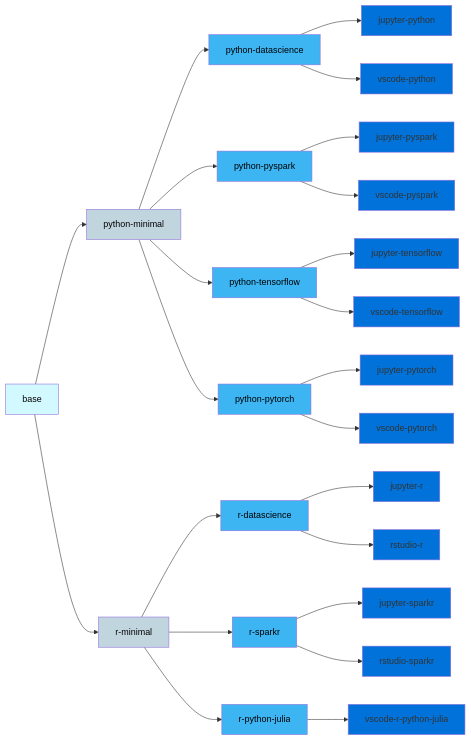
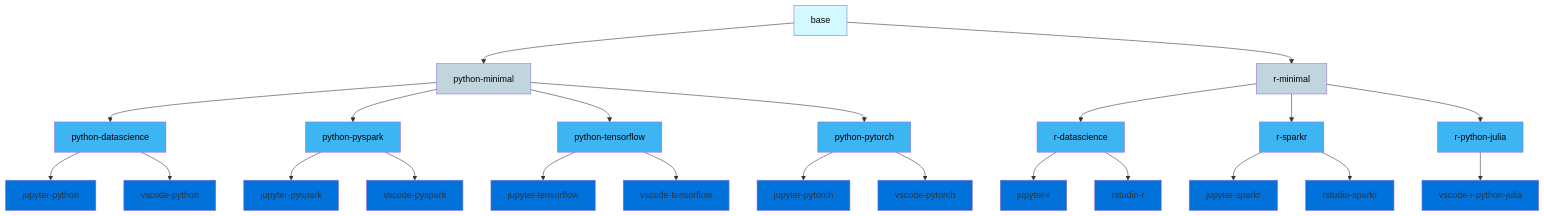
One commit to InseeFrLab/images-datascience changed the diagram in README.md. Above: the diagram before and after it, drawn with Mermaid.

````diff
--- a/README.md
+++ b/README.md
@@ -15,29 +15,29 @@
 ```mermaid
-  graph LR;
+  graph TD;
       B[base]:::base-->PM[python-minimal]:::minimal;
       B-->RM[r-minimal]:::minimal;
       PM-->PYDS[python-datascience]:::package;
       PM-->PYSPARK[python-pyspark]:::package;
       PM-->PYTENSORFLOW[python-tensorflow]:::package;
       PM-->PYTORCH[python-pytorch]:::package;
       RM-->RDS[r-datascience]:::package;
       RM-->RSPARK[r-sparkr]:::package;
       RM-->RPYJU[r-python-julia]:::package;
       PYSPARK--> JPYSPARK[jupyter-pyspark]:::ide;
       PYDS--> JPYDS[jupyter-python]:::ide;
       PYTENSORFLOW--> JPYTENSORFLOW[jupyter-tensorflow]:::ide;
       PYTORCH--> JPYTORCH[jupyter-pytorch]:::ide;
       PYSPARK--> VSCODEPYSPARK[vscode-pyspark]:::ide;
       PYDS--> VSCODEPYDS[vscode-python]:::ide;
       PYTENSORFLOW--> VSCODEPYTENSORFLOW[vscode-tensorflow]:::ide;
       PYTORCH--> VSCODEPYTORCH[vscode-pytorch]:::ide;
       RSPARK -->JSPARKR[jupyter-sparkr]:::ide;
       RDS--> JRDS[jupyter-r]:::ide;
       RSPARK -->RSTUDIOSPARKR[rstudio-sparkr]:::ide;
       RDS--> RSTUDIORDS[rstudio-r]:::ide;
       RPYJU--> VSCODERPYJU[vscode-r-python-julia]:::ide;
       classDef base fill:#d2f9ff,color:#000  ;
       classDef minimal fill:#C1D5DF,color:#000;
       classDef package fill:#3cb5f2 ,color:#000  ;
       classDef ide fill:#0072d9  ;
 ```
````
